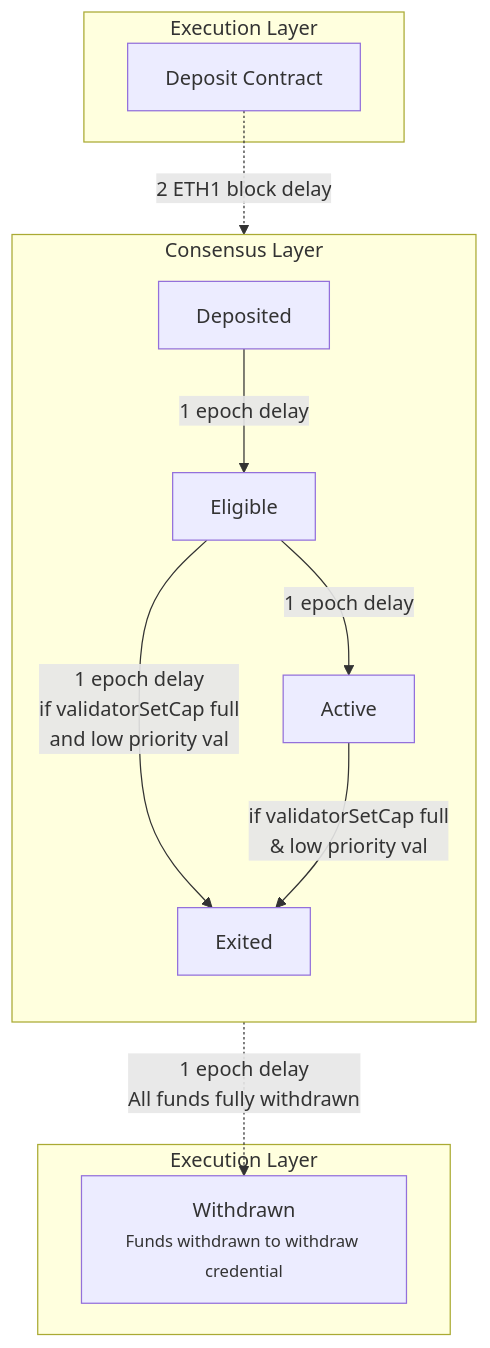
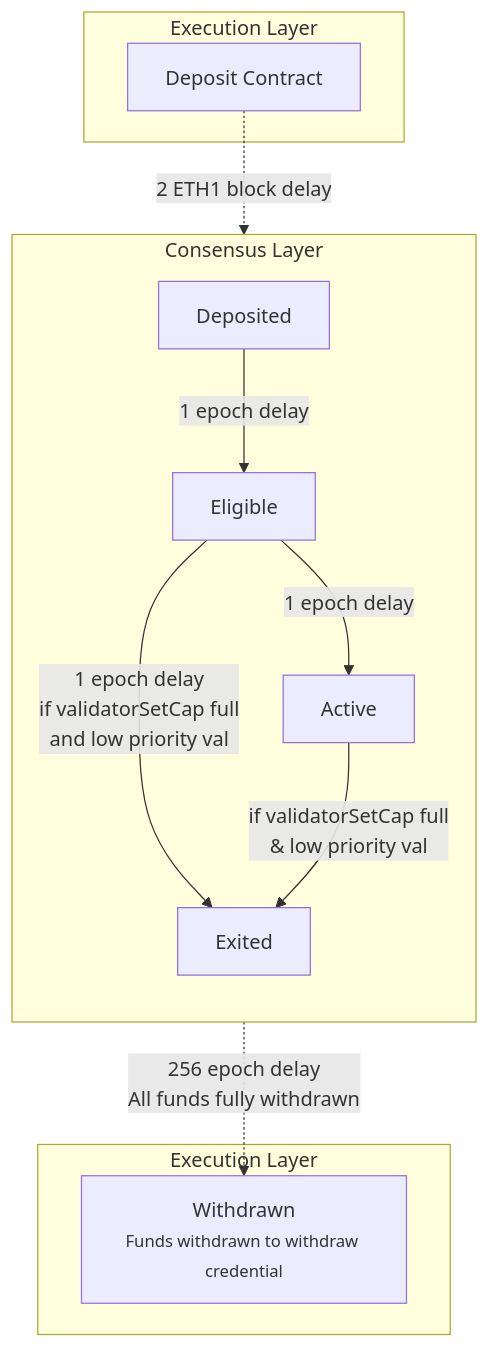
Before and after one commit to berachain/docs: the second of 2 diagrams in nodes/architecture/validator-lifecycle.mdx, drawn with Mermaid.

Commit message:
Update delay description for fund withdrawal

````diff
--- a/nodes/architecture/validator-lifecycle.mdx
+++ b/nodes/architecture/validator-lifecycle.mdx
@@ -146,22 +146,22 @@
 ```mermaid
 flowchart TB
   subgraph EL1["Execution Layer"]
     DC["Deposit Contract"]
   end
   subgraph CL["Consensus Layer"]
     direction TB
     DEP["Deposited"]
     ELG["Eligible"]
     ACT["Active"]
     EXT["Exited"]
     DEP -- "1 epoch delay" --> ELG
     ELG -- "1 epoch delay" --> ACT
     ELG -- "1 epoch delay<br/>if validatorSetCap full<br/>and low priority val" --> EXT
     ACT -- "if validatorSetCap full<br/>& low priority val" --> EXT
   end
   subgraph EL2["Execution Layer"]
     WD["Withdrawn<br/><small>Funds withdrawn to withdraw credential</small>"]
   end
   DC -. "2 ETH1 block delay" .-> DEP
-  EXT -. "1 epoch delay<br/>All funds fully withdrawn" .-> WD
+  EXT -. "256 epoch delay<br/>All funds fully withdrawn" .-> WD
 ```
````
